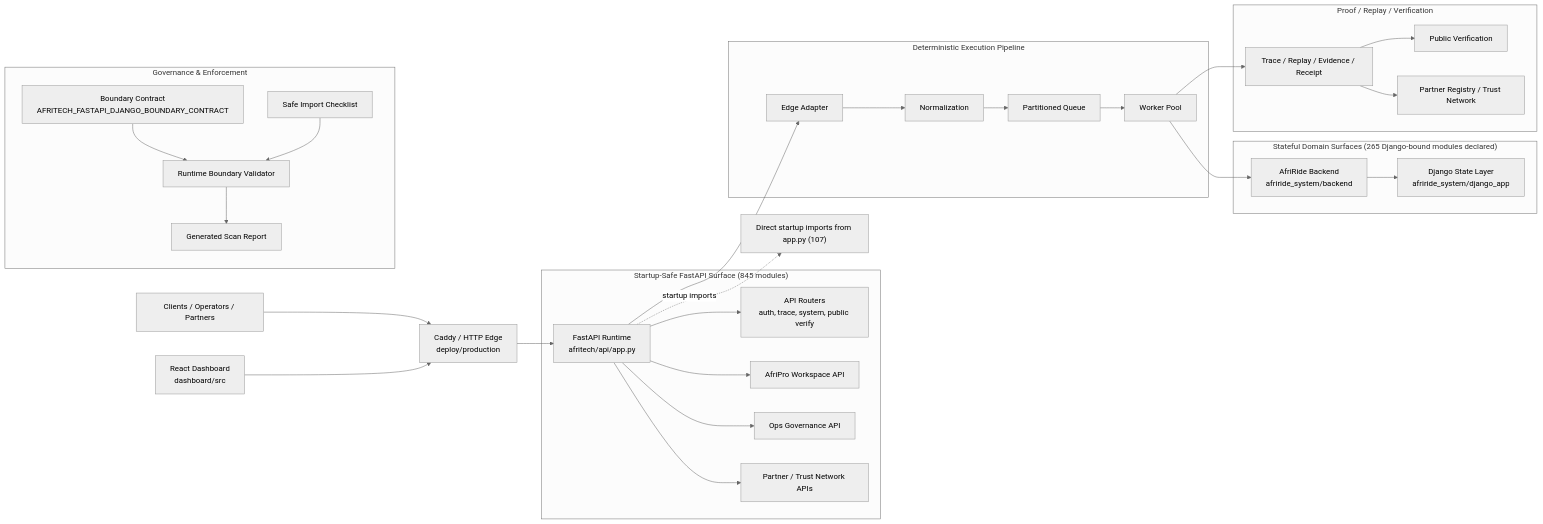
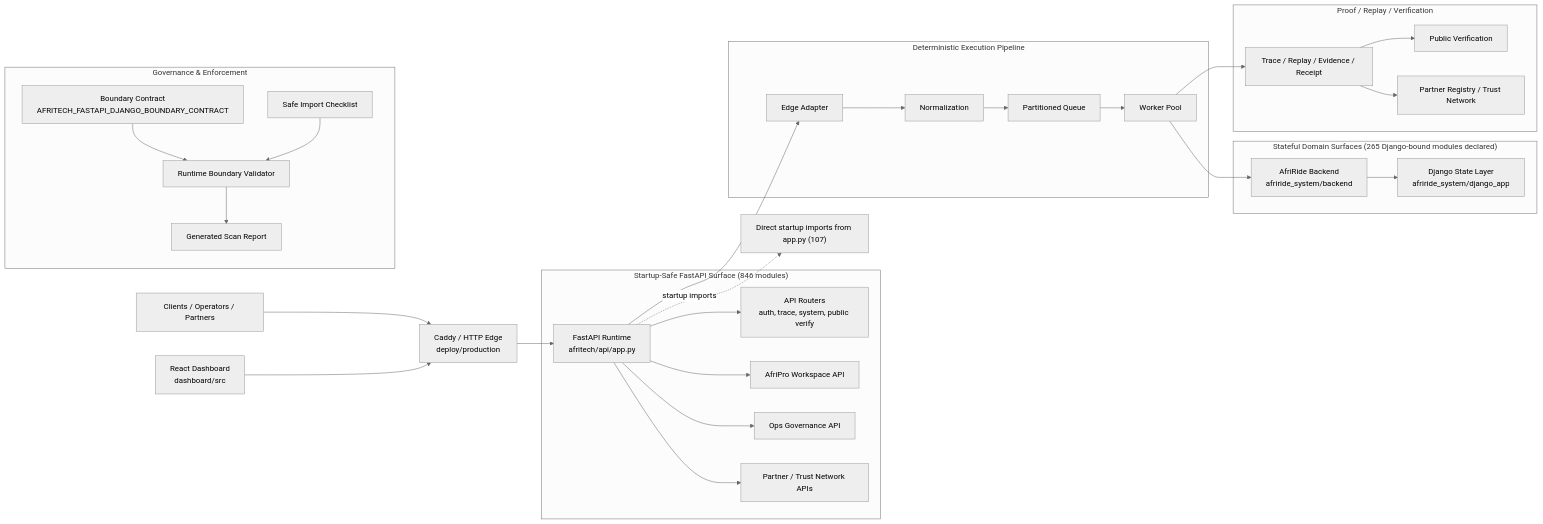
Before and after one commit to Strelly2023/afritelematics: the first of 2 diagrams in docs/architecture/AFRITECH_FULL_ARCHITECTURE_GRAPH.md, drawn with Mermaid (neutral theme). The commit also changed other lines of this file and 9 other files, not shown here.

````diff
--- a/docs/architecture/AFRITECH_FULL_ARCHITECTURE_GRAPH.md
+++ b/docs/architecture/AFRITECH_FULL_ARCHITECTURE_GRAPH.md
@@ -22,39 +22,39 @@
 ```mermaid
 flowchart LR
     Client["Clients / Operators / Partners"] --> Edge["Caddy / HTTP Edge\ndeploy/production"]
     Dashboard["React Dashboard\ndashboard/src"] --> Edge
     Edge --> App["FastAPI Runtime\nafritech/api/app.py"]
 
-    subgraph FastAPI["Startup-Safe FastAPI Surface (845 modules)"]
+    subgraph FastAPI["Startup-Safe FastAPI Surface (846 modules)"]
         App --> Api["API Routers\nauth, trace, system, public verify"]
         App --> Workspace["AfriPro Workspace API"]
         App --> Governance["Ops Governance API"]
         App --> Trust["Partner / Trust Network APIs"]
     end
 
     subgraph Pipeline["Deterministic Execution Pipeline"]
         App --> Adapt["Edge Adapter"]
         Adapt --> Normalize["Normalization"]
         Normalize --> Queue["Partitioned Queue"]
         Queue --> Worker["Worker Pool"]
     end
 
     subgraph State["Stateful Domain Surfaces (265 Django-bound modules declared)"]
         Worker --> Domain["AfriRide Backend\nafriride_system/backend"]
         Domain --> Django["Django State Layer\nafriride_system/django_app"]
     end
 
     subgraph Proof["Proof / Replay / Verification"]
         Worker --> Trace["Trace / Replay / Evidence / Receipt"]
         Trace --> Public["Public Verification"]
         Trace --> Registry["Partner Registry / Trust Network"]
     end
 
     subgraph GovernancePlane["Governance & Enforcement"]
         Contract["Boundary Contract\nAFRITECH_FASTAPI_DJANGO_BOUNDARY_CONTRACT"] --> Validator["Runtime Boundary Validator"]
         Checklist["Safe Import Checklist"] --> Validator
         Validator --> Review["Generated Scan Report"]
     end
 
     App -. startup imports .-> Imports["Direct startup imports from app.py (107)"]
 ```
````
